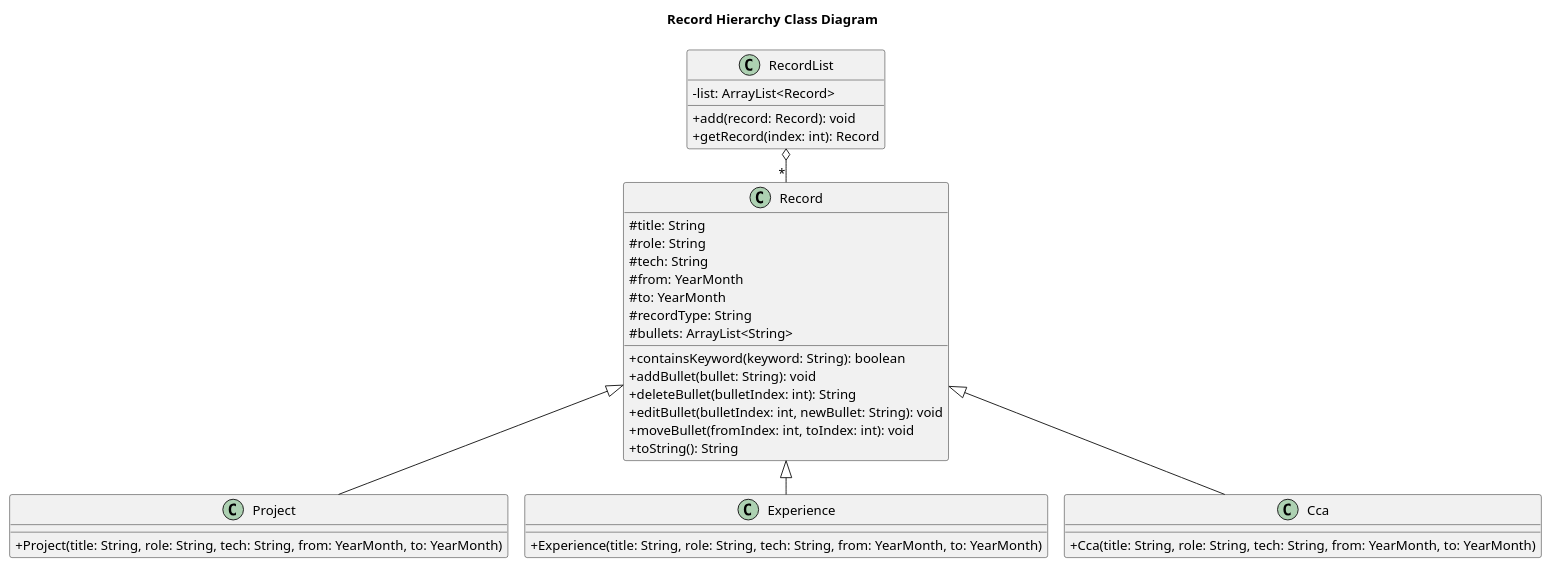
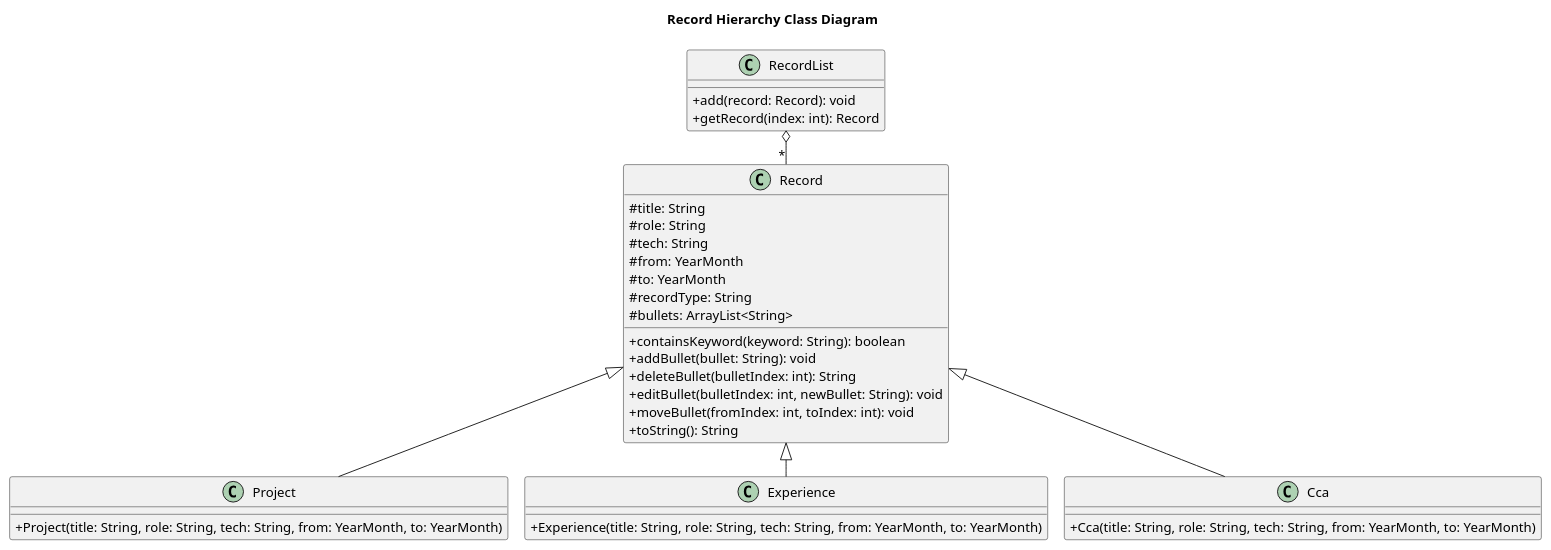
One commit to AY2526S2-CS2113-F09-2/tp changed the diagram in docs/diagrams/RecordHierarchyClassDiagram.puml. Above: the diagram before and after it, drawn with PlantUML. The commit also changed 23 other files, not shown here.

Commit message:
Update UG and DG to align diagrams and command behavior

```diff
--- a/docs/diagrams/RecordHierarchyClassDiagram.puml
+++ b/docs/diagrams/RecordHierarchyClassDiagram.puml
@@ -1,46 +1,45 @@
 @startuml
 !pragma layout smetana
 skinparam classAttributeIconSize 0
 
 title Record Hierarchy Class Diagram
 
 class Record {
   #title: String
   #role: String
   #tech: String
   #from: YearMonth
   #to: YearMonth
   #recordType: String
   #bullets: ArrayList<String>
   +containsKeyword(keyword: String): boolean
   +addBullet(bullet: String): void
   +deleteBullet(bulletIndex: int): String
   +editBullet(bulletIndex: int, newBullet: String): void
   +moveBullet(fromIndex: int, toIndex: int): void
   +toString(): String
 }
 
 class Project {
   +Project(title: String, role: String, tech: String, from: YearMonth, to: YearMonth)
 }
 
 class Experience {
   +Experience(title: String, role: String, tech: String, from: YearMonth, to: YearMonth)
 }
 
 class Cca {
   +Cca(title: String, role: String, tech: String, from: YearMonth, to: YearMonth)
 }
 
 class RecordList {
-  -list: ArrayList<Record>
   +add(record: Record): void
   +getRecord(index: int): Record
 }
 
 Record <|-- Project
 Record <|-- Experience
 Record <|-- Cca
 RecordList o-- "*" Record
 
 @enduml
```
